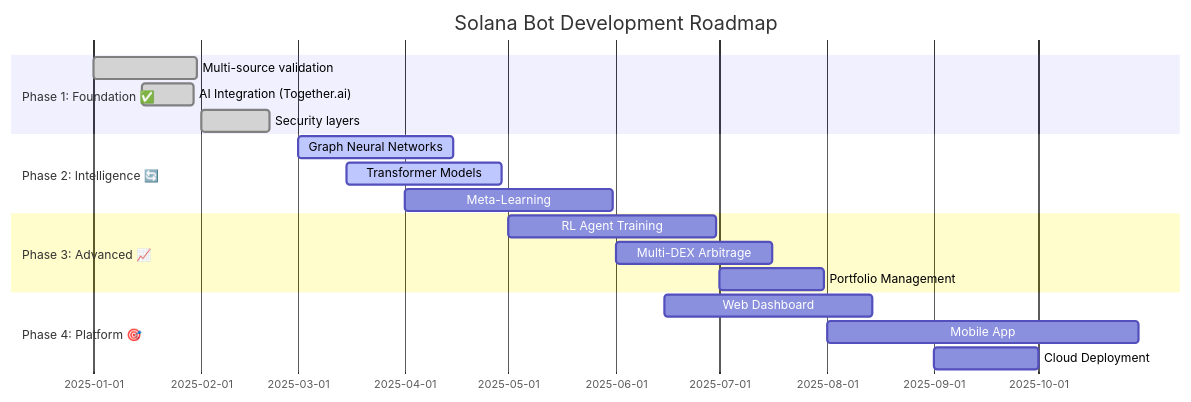
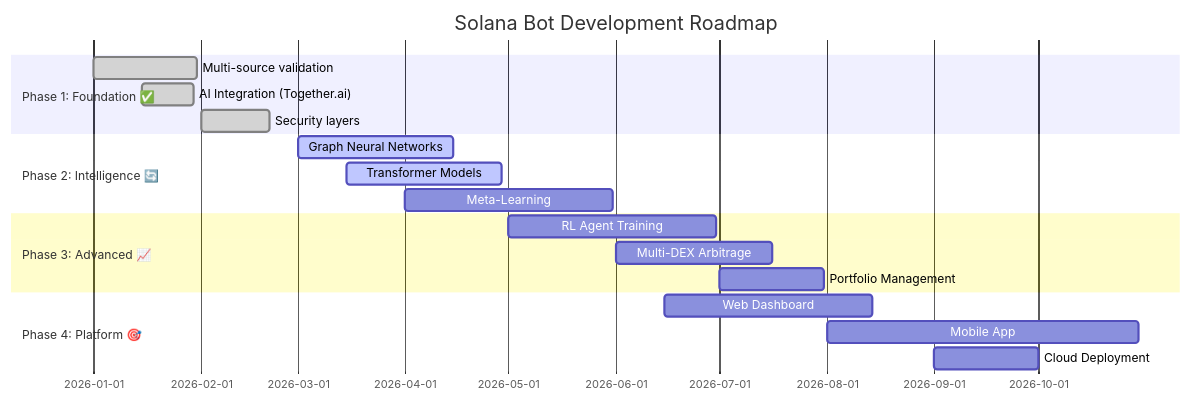
Before and after one commit to yllvar/solana-bot-terbaek: the fifth of 9 diagrams in README.md, drawn with Mermaid. The commit also changed other lines of this file, not shown here.

````diff
--- a/README.md
+++ b/README.md
@@ -445,24 +445,24 @@
 ```mermaid
 gantt
     title Solana Bot Development Roadmap
     dateFormat YYYY-MM-DD
     section Phase 1: Foundation ✅
-    Multi-source validation     :done, 2025-01-01, 30d
-    AI Integration (Together.ai):done, 2025-01-15, 15d
-    Security layers            :done, 2025-02-01, 20d
+    Multi-source validation     :done, 2026-01-01, 30d
+    AI Integration (Together.ai):done, 2026-01-15, 15d
+    Security layers            :done, 2026-02-01, 20d
     
     section Phase 2: Intelligence 🔄
-    Graph Neural Networks      :active, 2025-03-01, 45d
-    Transformer Models         :active, 2025-03-15, 45d
-    Meta-Learning              : 2025-04-01, 60d
+    Graph Neural Networks      :active, 2026-03-01, 45d
+    Transformer Models         :active, 2026-03-15, 45d
+    Meta-Learning              : 2026-04-01, 60d
     
     section Phase 3: Advanced 📈
-    RL Agent Training          : 2025-05-01, 60d
-    Multi-DEX Arbitrage        : 2025-06-01, 45d
-    Portfolio Management       : 2025-07-01, 30d
+    RL Agent Training          : 2026-05-01, 60d
+    Multi-DEX Arbitrage        : 2026-06-01, 45d
+    Portfolio Management       : 2026-07-01, 30d
     
     section Phase 4: Platform 🎯
-    Web Dashboard              : 2025-06-15, 60d
-    Mobile App                 : 2025-08-01, 90d
-    Cloud Deployment           : 2025-09-01, 30d
+    Web Dashboard              : 2026-06-15, 60d
+    Mobile App                 : 2026-08-01, 90d
+    Cloud Deployment           : 2026-09-01, 30d
 ```
````
